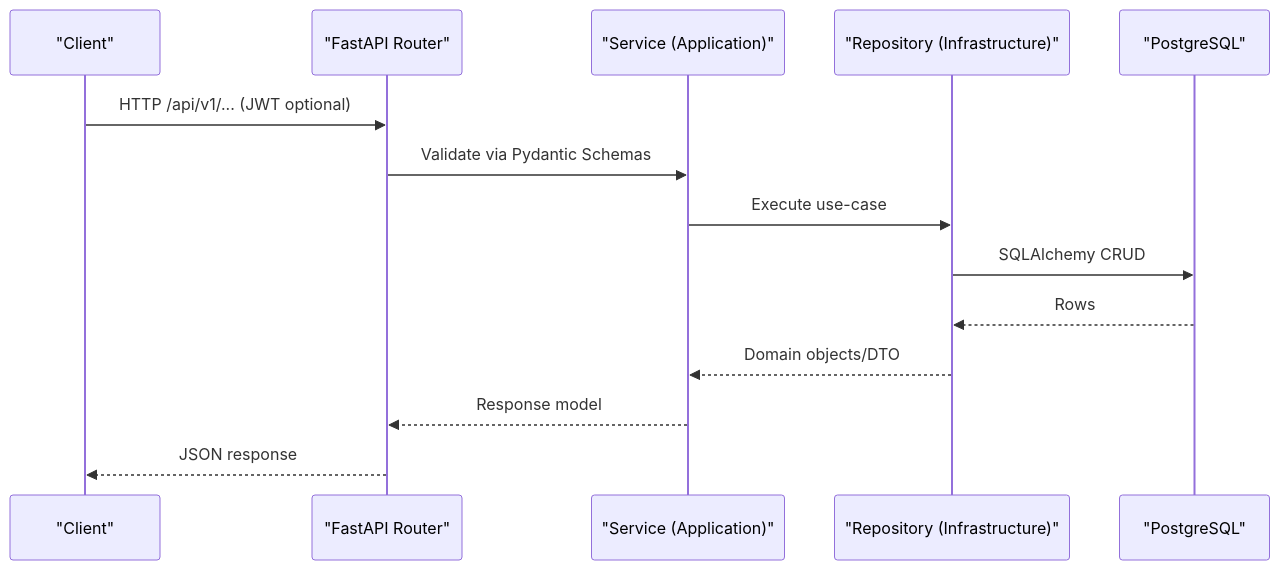
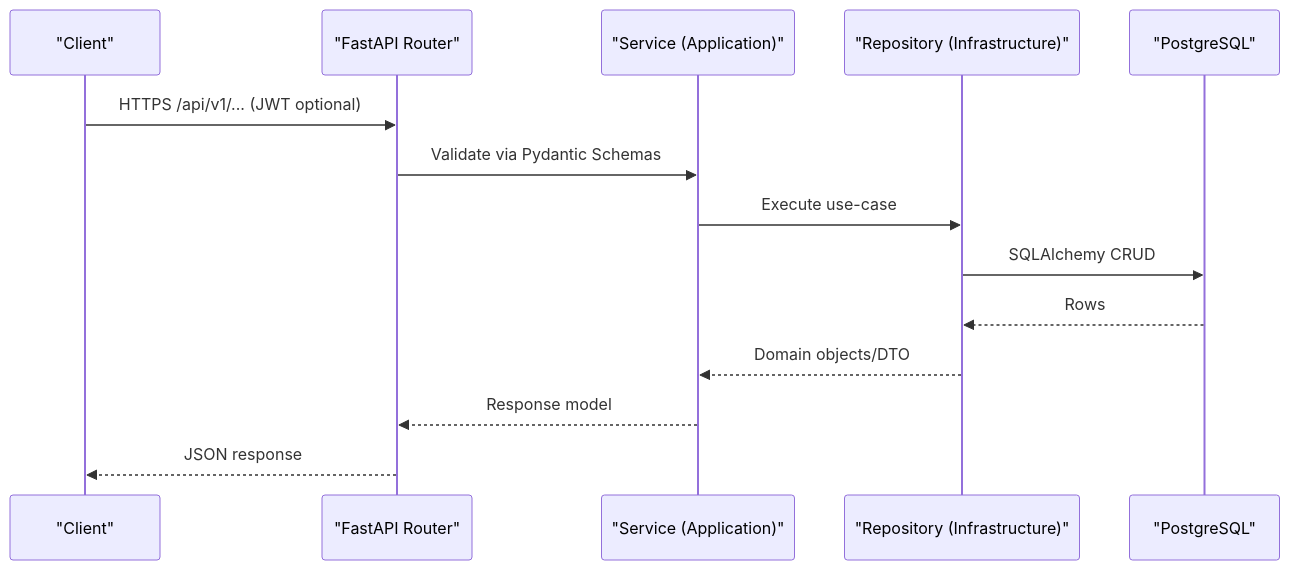
Before and after one commit to sefineh-ai/backedn: the second of 4 diagrams in README.md, drawn with Mermaid. The commit also changed other lines of this file, not shown here.

````diff
--- a/README.md
+++ b/README.md
@@ -32,17 +32,17 @@
 ```mermaid
 sequenceDiagram
   participant C as "Client"
   participant R as "FastAPI Router"
   participant S as "Service (Application)"
   participant Repo as "Repository (Infrastructure)"
   participant DB as "PostgreSQL"
 
-  C->>R: HTTP /api/v1/... (JWT optional)
+  C->>R: HTTPS /api/v1/... (JWT optional)
   R->>S: Validate via Pydantic Schemas
   S->>Repo: Execute use-case
   Repo->>DB: SQLAlchemy CRUD
   DB-->>Repo: Rows
   Repo-->>S: Domain objects/DTO
   S-->>R: Response model
   R-->>C: JSON response
 ```
````
